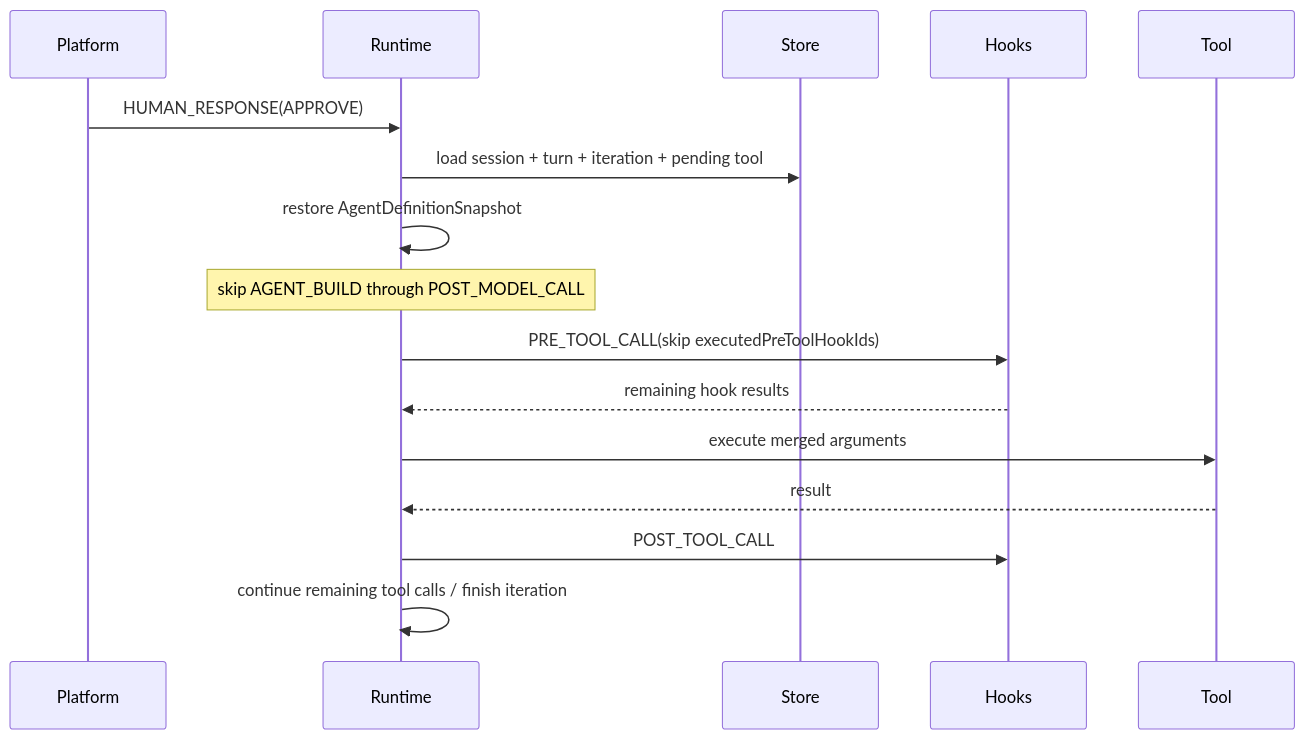
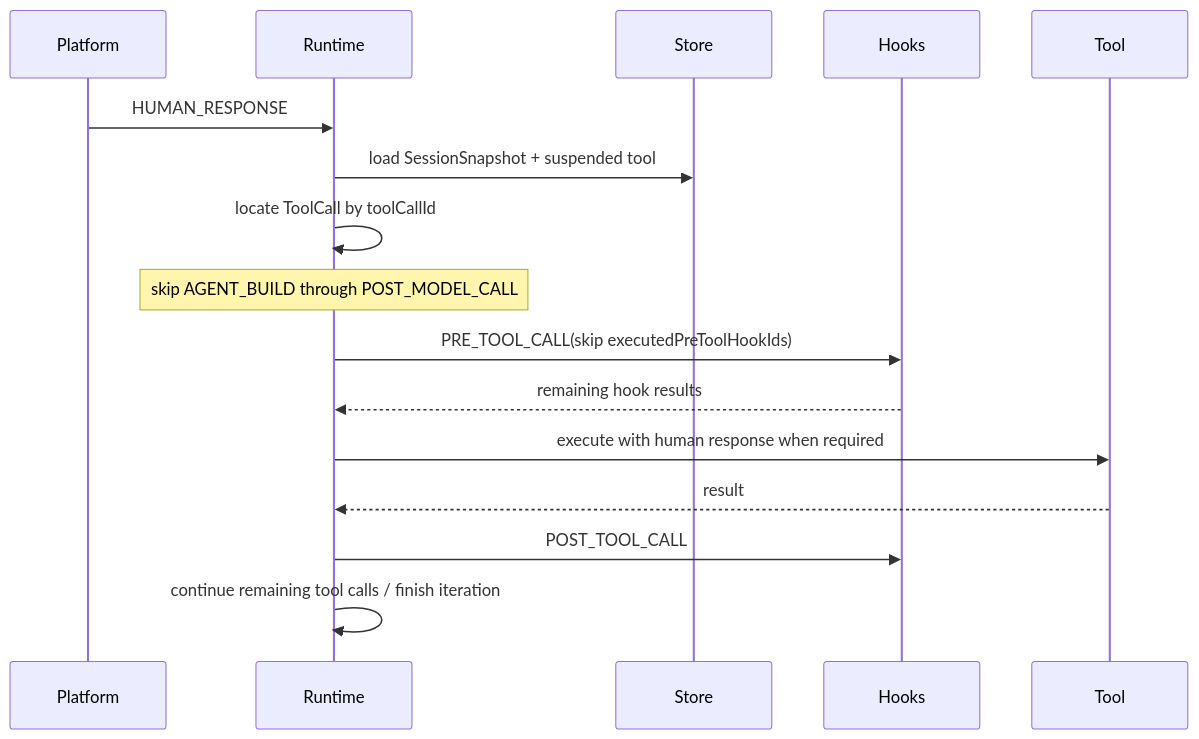
One commit to gemo12123/apex-agent changed the third of 4 diagrams in docs/refact/specs/2026-07-28-apex-agent-backend-refactoring-design.md. Above: the diagram before and after it, drawn with Mermaid. The commit also changed other lines of this file, not shown here.

````diff
--- a/docs/refact/specs/2026-07-28-apex-agent-backend-refactoring-design.md
+++ b/docs/refact/specs/2026-07-28-apex-agent-backend-refactoring-design.md
@@ -819,19 +891,19 @@
 ```mermaid
 sequenceDiagram
     participant Platform
     participant Runtime
     participant Store
     participant Hooks
     participant Tool
 
-    Platform->>Runtime: HUMAN_RESPONSE(APPROVE)
-    Runtime->>Store: load session + turn + iteration + pending tool
-    Runtime->>Runtime: restore AgentDefinitionSnapshot
+    Platform->>Runtime: HUMAN_RESPONSE
+    Runtime->>Store: load SessionSnapshot + suspended tool
+    Runtime->>Runtime: locate ToolCall by toolCallId
     Note over Runtime: skip AGENT_BUILD through POST_MODEL_CALL
     Runtime->>Hooks: PRE_TOOL_CALL(skip executedPreToolHookIds)
     Hooks-->>Runtime: remaining hook results
-    Runtime->>Tool: execute merged arguments
+    Runtime->>Tool: execute with human response when required
     Tool-->>Runtime: result
     Runtime->>Hooks: POST_TOOL_CALL
     Runtime->>Runtime: continue remaining tool calls / finish iteration
 ```
````
